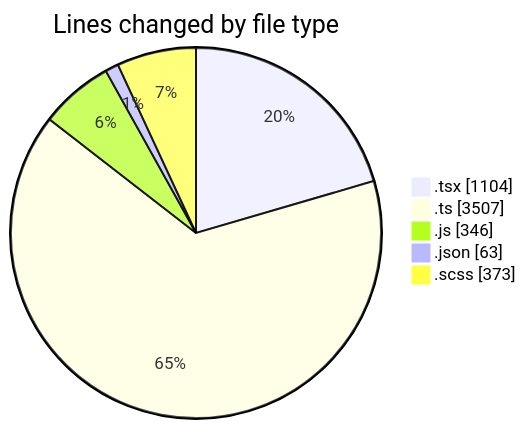
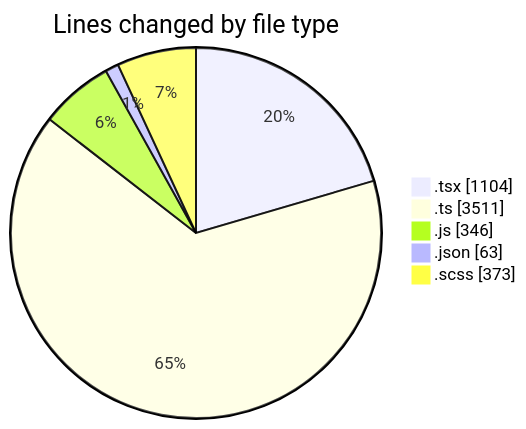
One commit to momahboobian/code-tracking changed the first of 2 diagrams in 2025-12-01/cda/README.md. Above: the diagram before and after it, drawn with Mermaid. The commit also changed other lines of this file and 1 other file, not shown here.

````diff
--- a/2025-12-01/cda/README.md
+++ b/2025-12-01/cda/README.md
@@ -33,9 +33,9 @@
 ```mermaid
 pie showData
 title Lines changed by file type
 ".tsx" : 1104
-".ts" : 3507
+".ts" : 3511
 ".js" : 346
 ".json" : 63
 ".scss" : 373
 ```
````
